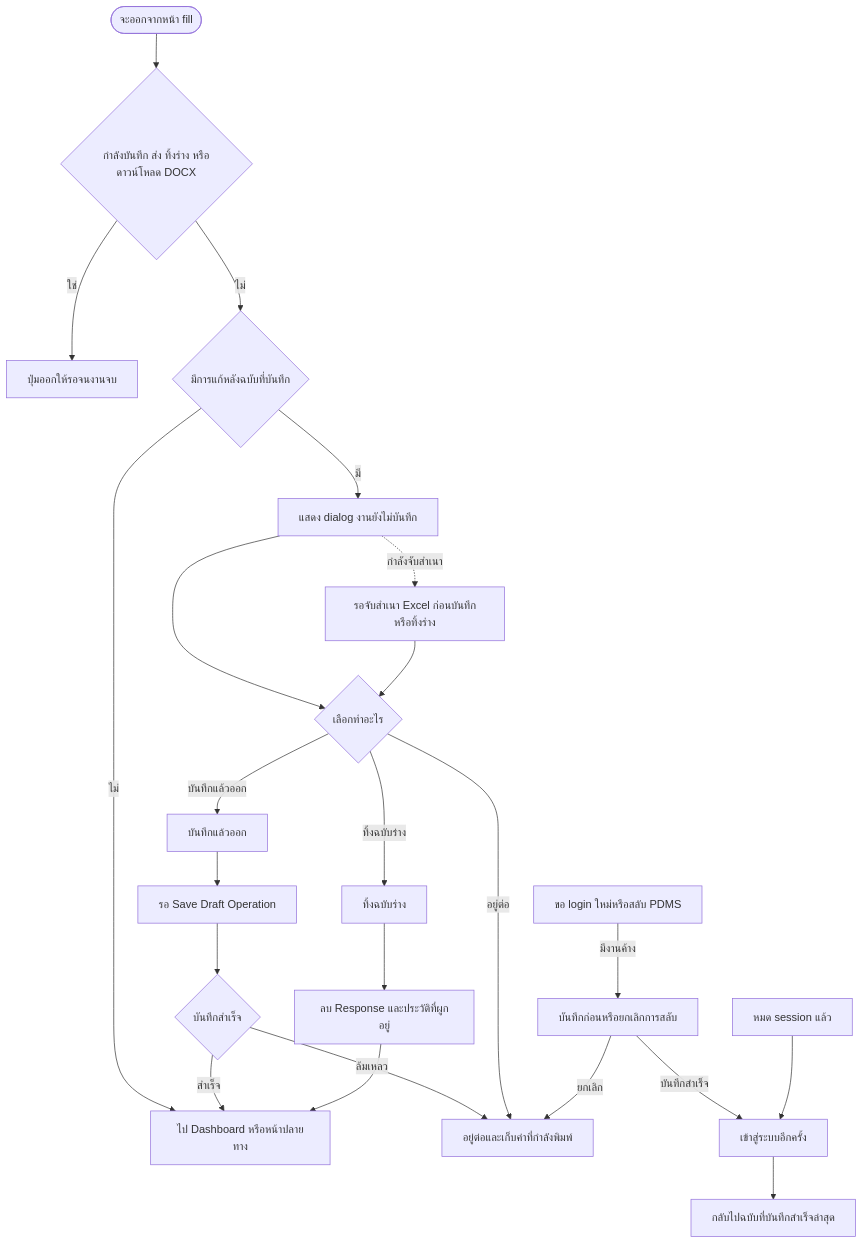
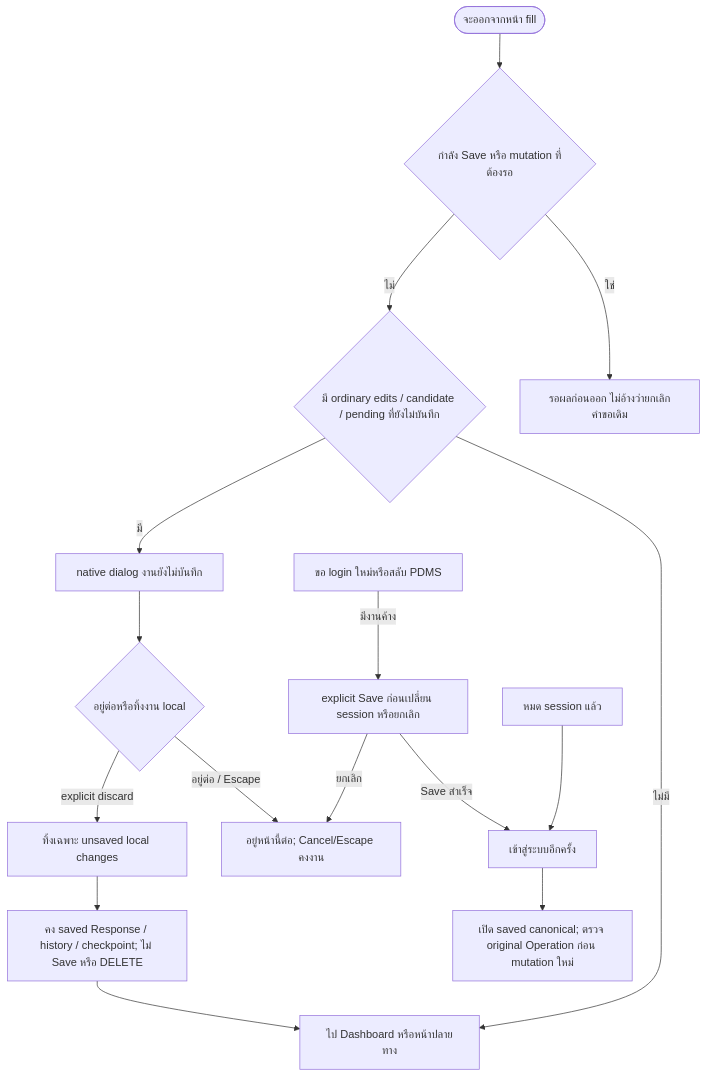
One commit to AquilaStudio2/folio-forms changed diagram 19 of 22 in .scratch/system-workflow/system-map.md. Above: the diagram before and after it, drawn with Mermaid. The commit also changed other lines of this file and 42 other files, not shown here.

Commit message:
fix: verify minimum-row and local-discard integration

````diff
--- a/.scratch/system-workflow/system-map.md
+++ b/.scratch/system-workflow/system-map.md
@@ -1333,37 +1341,29 @@
 ```mermaid
 flowchart TD
     exit(["จะออกจากหน้า fill"])
-    busy{"กำลังบันทึก ส่ง ทิ้งร่าง หรือดาวน์โหลด DOCX"}
-    wait["ปุ่มออกให้รอจนงานจบ"]
-    dirty{"มีการแก้หลังฉบับที่บันทึก"}
+    busy{"กำลัง Save หรือ mutation ที่ต้องรอ"}
+    wait["รอผลก่อนออก ไม่อ้างว่ายกเลิกคำขอเดิม"]
+    dirty{"มี ordinary edits / candidate / pending ที่ยังไม่บันทึก"}
     leave["ไป Dashboard หรือหน้าปลายทาง"]
-    prompt["แสดง dialog งานยังไม่บันทึก"]
-    choice{"เลือกทำอะไร"}
-    captureWait["รอจับสำเนา Excel ก่อนบันทึกหรือทิ้งร่าง"]
-    save["บันทึกแล้วออก"]
-    operation["รอ Save Draft Operation"]
-    result{"บันทึกสำเร็จ"}
-    stay["อยู่ต่อและเก็บค่าที่กำลังพิมพ์"]
-    discard["ทิ้งฉบับร่าง"]
-    erased["ลบ Response และประวัติที่ผูกอยู่"]
+    prompt["native dialog งานยังไม่บันทึก"]
+    choice{"อยู่ต่อหรือทิ้งงาน local"}
+    stay["อยู่หน้านี้ต่อ; Cancel/Escape คงงาน"]
+    discard["ทิ้งเฉพาะ unsaved local changes"]
+    canonical["คง saved Response / history / checkpoint; ไม่ Save หรือ DELETE"]
     reauth["ขอ login ใหม่หรือสลับ PDMS"]
-    saved["บันทึกก่อนหรือยกเลิกการสลับ"]
+    saved["explicit Save ก่อนเปลี่ยน session หรือยกเลิก"]
     expired["หมด session แล้ว"]
     login["เข้าสู่ระบบอีกครั้ง"]
-    reopen["กลับไปฉบับที่บันทึกสำเร็จล่าสุด"]
+    reopen["เปิด saved canonical; ตรวจ original Operation ก่อน mutation ใหม่"]
     exit --> busy
     busy -->|"ใช่"| wait
     busy -->|"ไม่"| dirty
-    dirty -->|"ไม่"| leave
+    dirty -->|"ไม่มี"| leave
     dirty -->|"มี"| prompt --> choice
-    prompt -.->|"กำลังจับสำเนา"| captureWait --> choice
-    choice -->|"บันทึกแล้วออก"| save --> operation --> result
-    result -->|"สำเร็จ"| leave
-    result -->|"ล้มเหลว"| stay
-    choice -->|"อยู่ต่อ"| stay
-    choice -->|"ทิ้งฉบับร่าง"| discard --> erased --> leave
+    choice -->|"อยู่ต่อ / Escape"| stay
+    choice -->|"explicit discard"| discard --> canonical --> leave
     reauth -->|"มีงานค้าง"| saved
-    saved -->|"บันทึกสำเร็จ"| login
+    saved -->|"Save สำเร็จ"| login
     saved -->|"ยกเลิก"| stay
     expired --> login --> reopen
 ```
````
